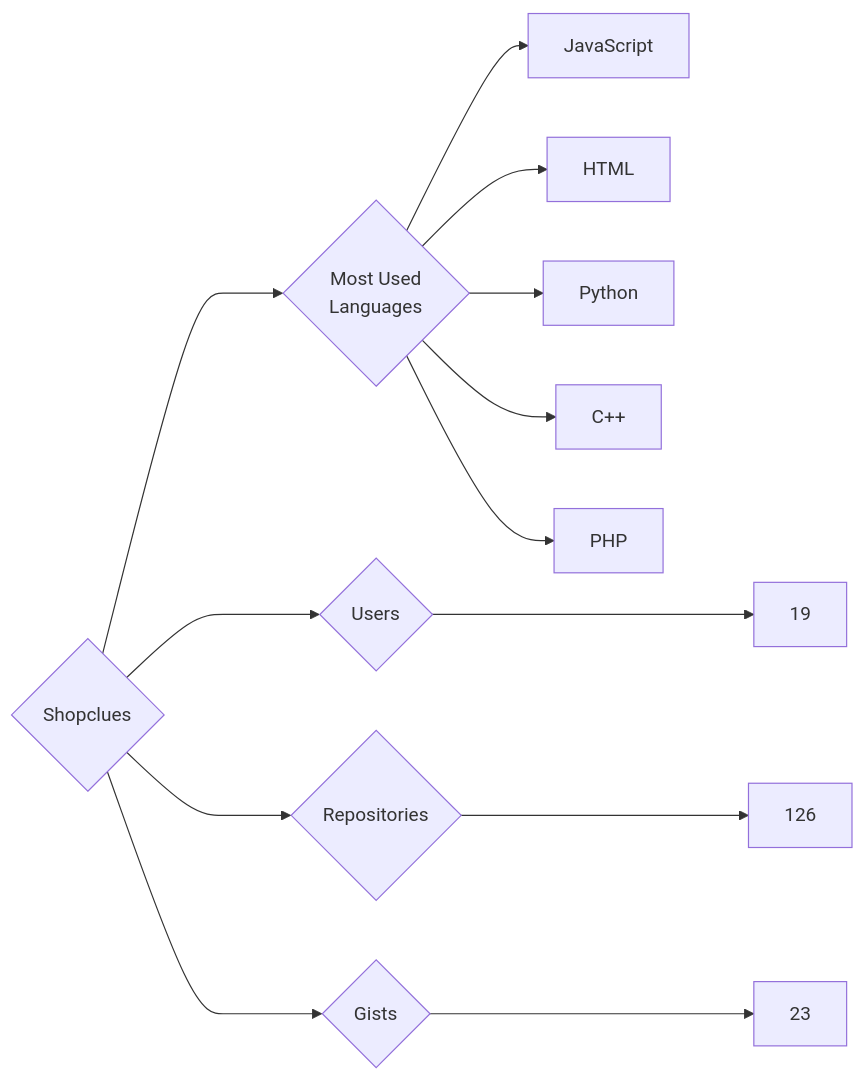
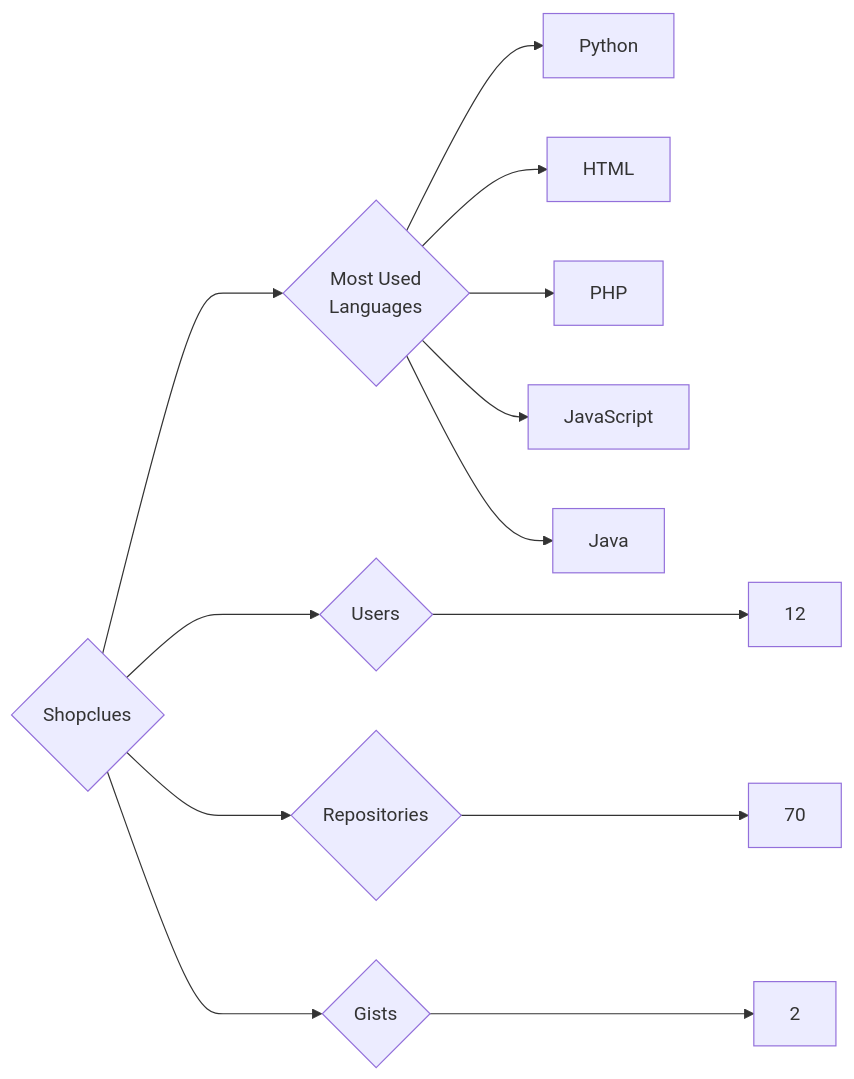
Before and after one commit to trickest/insiders: the diagram in targets/Shopclues/README.md, drawn with Mermaid. The commit also changed 965 other files, not shown here.

````diff
--- a/targets/Shopclues/README.md
+++ b/targets/Shopclues/README.md
@@ -3,13 +3,13 @@
 ```mermaid
 graph LR
 COMPANY_NAME{Shopclues}
-COMPANY_NAME ---> U{Users} ---> UN[19]
-COMPANY_NAME ---> R{Repositories} ---> RN[126]
-COMPANY_NAME ---> G{Gists} ---> GN[23]
+COMPANY_NAME ---> U{Users} ---> UN[12]
+COMPANY_NAME ---> R{Repositories} ---> RN[70]
+COMPANY_NAME ---> G{Gists} ---> GN[2]
 COMPANY_NAME ---> ML{Most Used<br>Languages}
+ML --> Python[Python]
+ML --> HTML[HTML]
+ML --> PHP[PHP]
 ML --> JavaScript[JavaScript]
-ML --> HTML[HTML]
-ML --> Python[Python]
-ML --> C++[C++]
-ML --> PHP[PHP]
+ML --> Java[Java]
 ```
````
